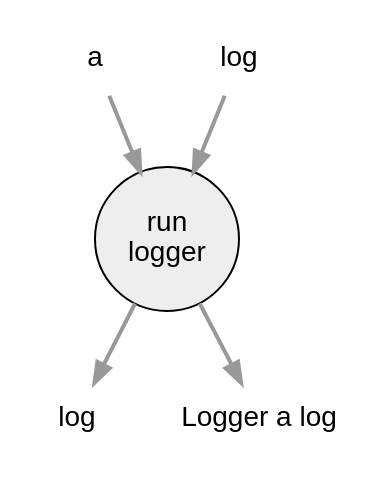
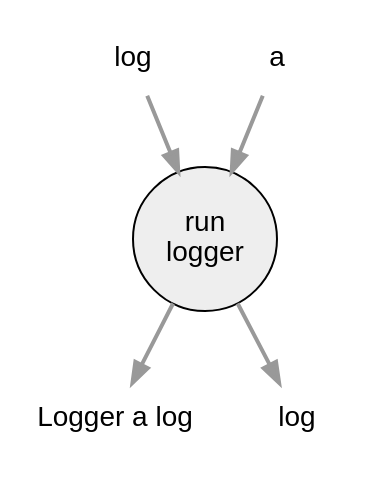
Before and after one commit to drautzburg/currychicken: the diagram in Insite/Logger.dot, drawn with Graphviz. The commit also changed other lines of this file and 3 other files, not shown here.

```diff
--- a/Insite/Logger.dot
+++ b/Insite/Logger.dot
@@ -1,22 +1,22 @@
 digraph d {
 	node [fontname = "Arial"];
 	edge [fontname = "Arial", fontsize=11,color="#999999", penwidth=2, weight=1];
 
 	subgraph process {
 		node [shape=circle, style=filled, fillcolor="#EEEEEE", fixedsize=true, width=1]
 		logger[label="run\nlogger"]
 		}
 	subgraph hidden {
 		node [shape=plaintext]
+		log
 		a
-		log
+		logger2[label="Logger a log"]
 		log2[label="log"]
-		logger2[label="Logger a log"]
 		}
 
+log -> logger
+a -> logger
 
-a -> logger
-log -> logger
+logger -> logger2
 logger -> log2
-logger -> logger2
 }
```
